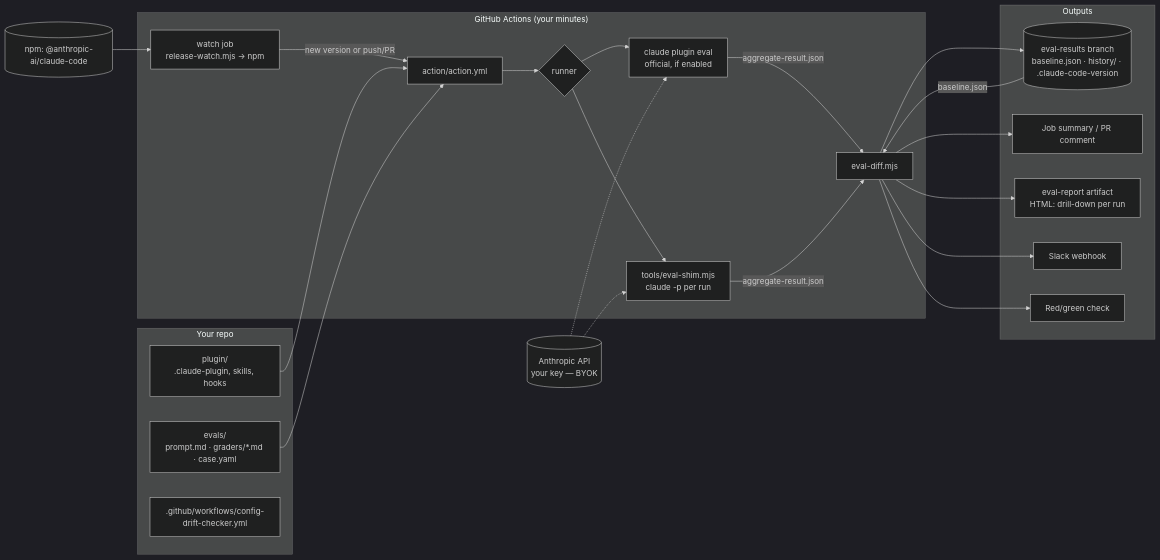
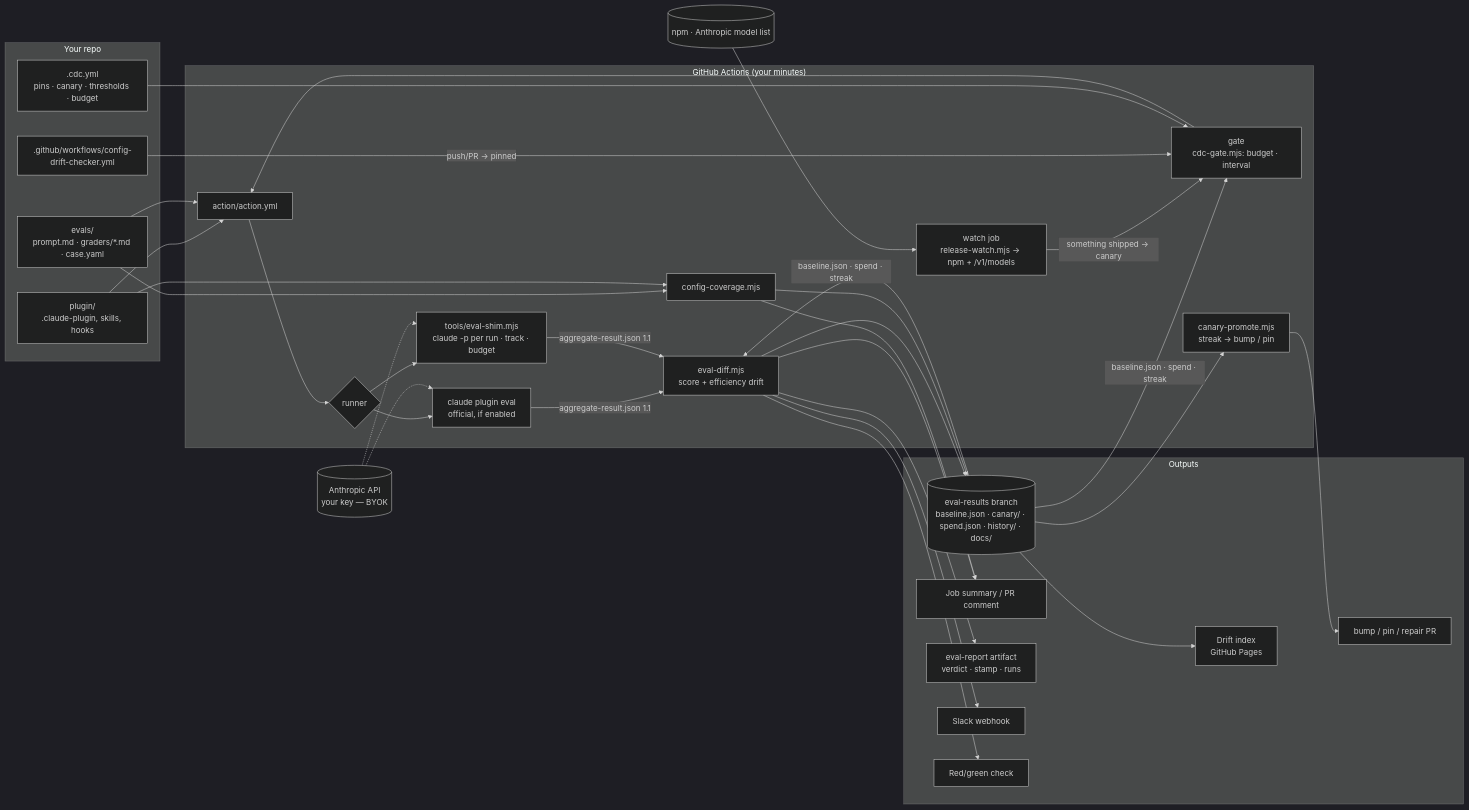
Before and after one commit to jameskomo/config-drift-checker: the diagram in docs/architecture.md, drawn with Mermaid (dark theme). The commit also changed other lines of this file and 24 other files, not shown here.

First line of the commit message:
Docs, skills, CI template and drift index for v0.2 [skip ci]

````diff
--- a/docs/architecture.md
+++ b/docs/architecture.md
@@ -5,31 +5,42 @@
 ```mermaid
 flowchart LR
   subgraph repo["Your repo"]
     P[plugin/<br/>.claude-plugin, skills, hooks]
+    C[.cdc.yml<br/>pins · canary · thresholds · budget]
     E[evals/<br/>prompt.md · graders/*.md · case.yaml]
     W[.github/workflows/config-drift-checker.yml]
   end
   subgraph gh["GitHub Actions (your minutes)"]
-    RW[watch job<br/>release-watch.mjs → npm]
+    RW[watch job<br/>release-watch.mjs → npm + /v1/models]
+    G[gate<br/>cdc-gate.mjs: budget · interval]
     A[action/action.yml]
     R{runner}
     OFF[claude plugin eval<br/>official, if enabled]
-    SHIM[tools/eval-shim.mjs<br/>claude -p per run]
-    D[eval-diff.mjs]
+    SHIM[tools/eval-shim.mjs<br/>claude -p per run · track · budget]
+    D[eval-diff.mjs<br/>score + efficiency drift]
+    PM[canary-promote.mjs<br/>streak → bump / pin]
+    CV[config-coverage.mjs]
   end
   subgraph out["Outputs"]
-    RB[(eval-results branch<br/>baseline.json · history/ · .claude-code-version)]
+    RB[(eval-results branch<br/>baseline.json · canary/ · spend.json · history/ · docs/)]
     SUM[Job summary / PR comment]
-    REP[eval-report artifact<br/>HTML: drill-down per run]
+    REP[eval-report artifact<br/>verdict · stamp · runs]
+    DI[Drift index<br/>GitHub Pages]
+    PR[bump / pin / repair PR]
     SL[Slack webhook]
     CHK[Red/green check]
   end
-  NPM[(npm: @anthropic-ai/claude-code)] --> RW
-  RW -->|new version or push/PR| A
+  NPM[(npm · Anthropic model list)] --> RW
+  RW -->|something shipped → canary| G
+  W -->|push/PR → pinned| G
+  C --> G --> A
   P & E --> A --> R
   R --> OFF & SHIM
-  OFF & SHIM -->|aggregate-result.json| D
-  RB -->|baseline.json| D
+  OFF & SHIM -->|aggregate-result.json 1.1| D
+  RB -->|baseline.json · spend · streak| G & D
   D --> SUM & SL & CHK & RB & REP
+  RB --> PM --> PR
+  E & P --> CV --> RB & SUM
+  RB --> DI
   API[(Anthropic API<br/>your key — BYOK)] -.-> OFF & SHIM
 ```
````
